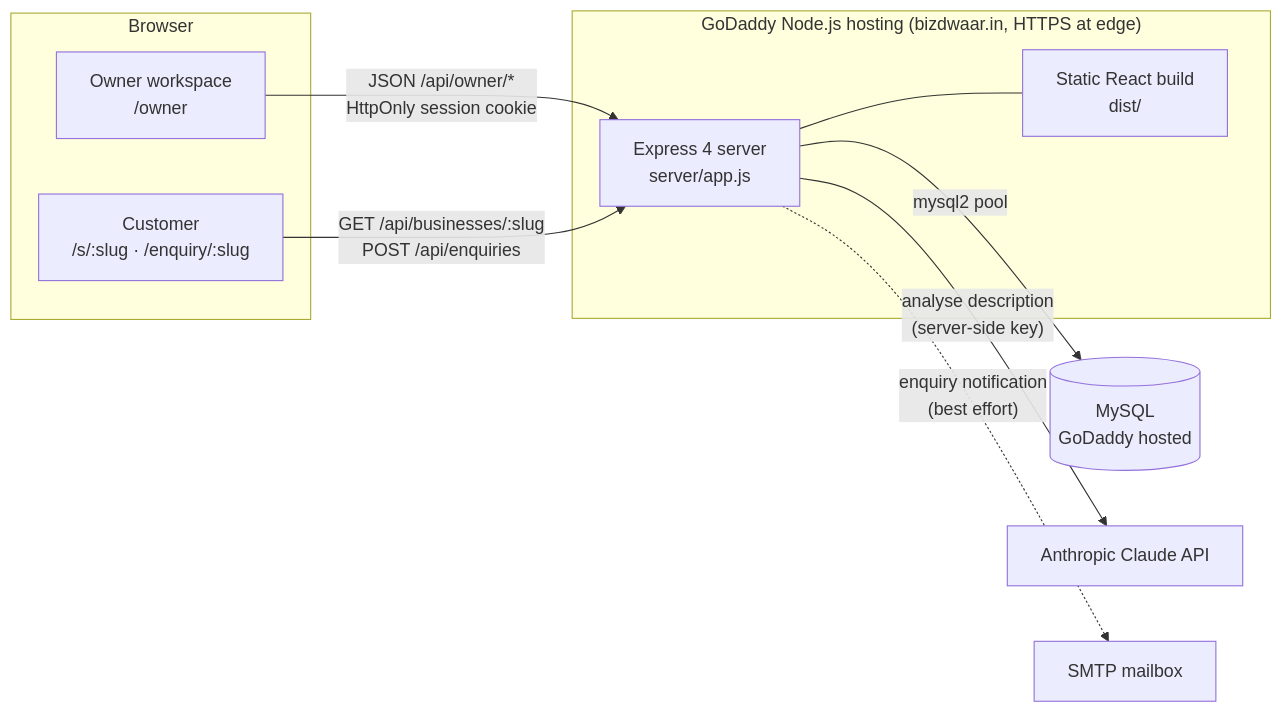
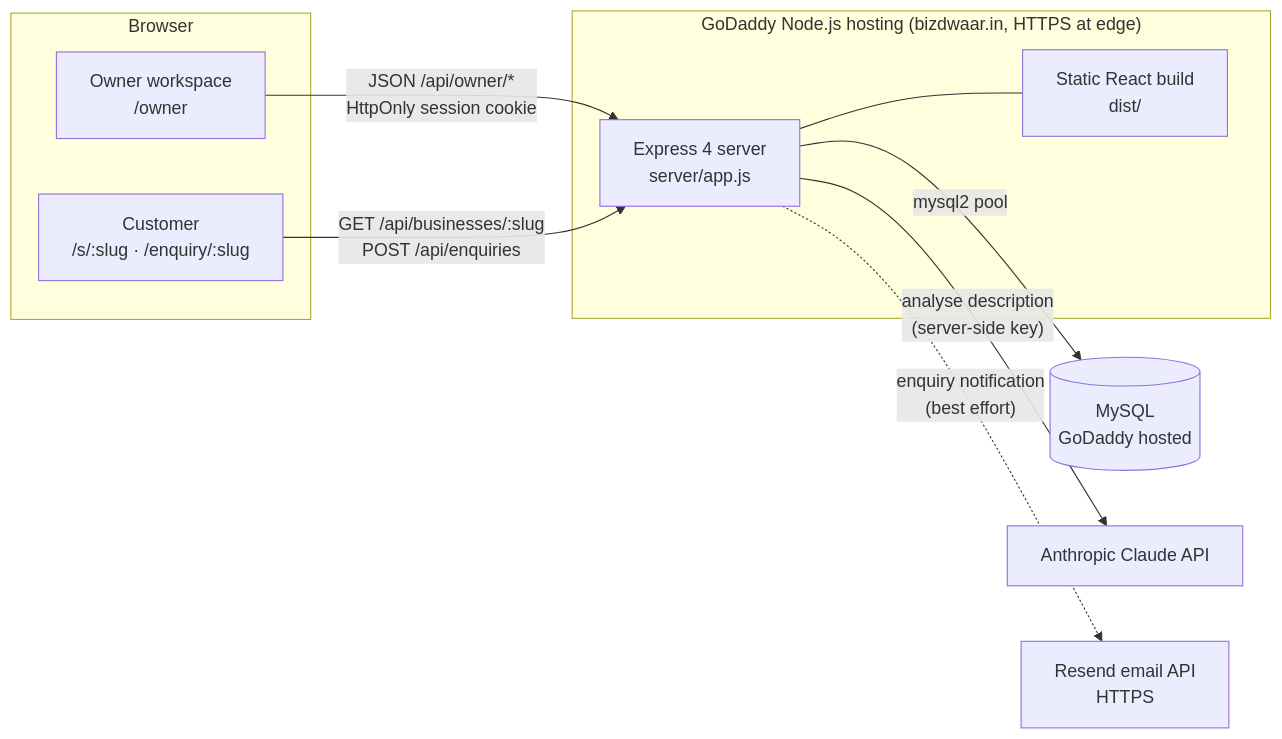
One commit to sakshi13-m/BizDwaar changed the first of 5 diagrams in docs/architecture.md. Above: the diagram before and after it, drawn with Mermaid. The commit also changed other lines of this file and 30 other files, not shown here.

````diff
--- a/docs/architecture.md
+++ b/docs/architecture.md
@@ -13,23 +13,23 @@
 ```mermaid
 flowchart LR
   subgraph Browser
     O[Owner workspace<br/>/owner]
     C[Customer<br/>/s/:slug · /enquiry/:slug]
   end
 
   subgraph GoDaddy["GoDaddy Node.js hosting (bizdwaar.in, HTTPS at edge)"]
     E[Express 4 server<br/>server/app.js]
     S[Static React build<br/>dist/]
     E --- S
   end
 
   DB[(MySQL<br/>GoDaddy hosted)]
   AI[Anthropic Claude API]
-  M[SMTP mailbox]
+  M[Resend email API<br/>HTTPS]
 
   O -- "JSON /api/owner/*<br/>HttpOnly session cookie" --> E
   C -- "GET /api/businesses/:slug<br/>POST /api/enquiries" --> E
   E -- mysql2 pool --> DB
   E -- "analyse description<br/>(server-side key)" --> AI
   E -. "enquiry notification<br/>(best effort)" .-> M
 ```
````
